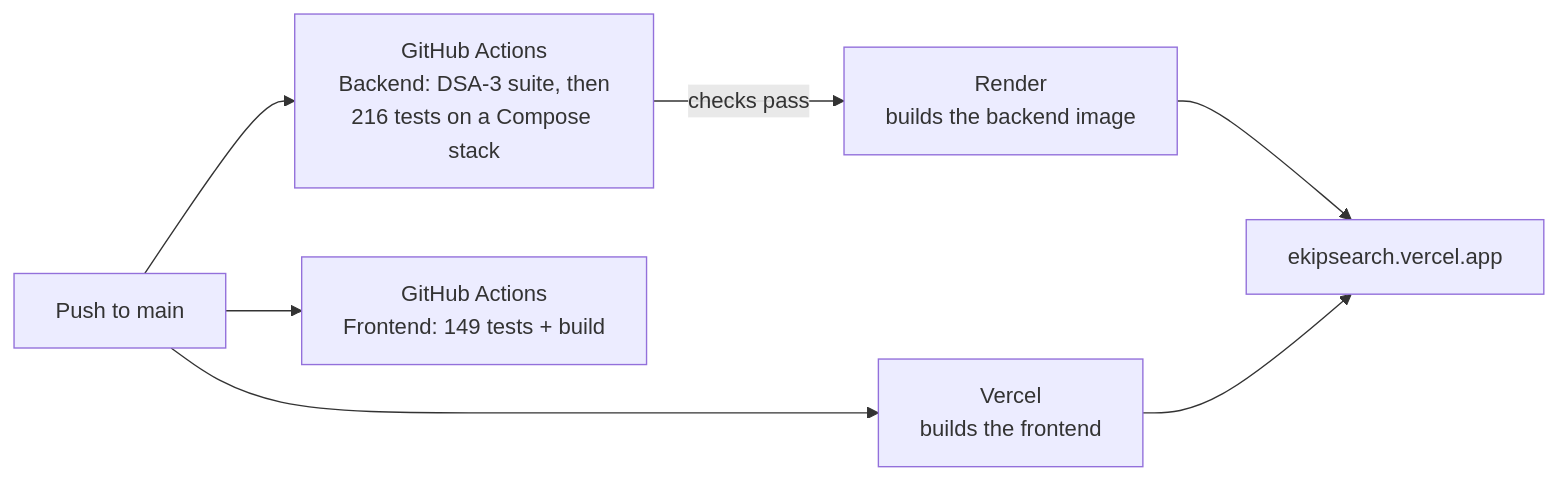
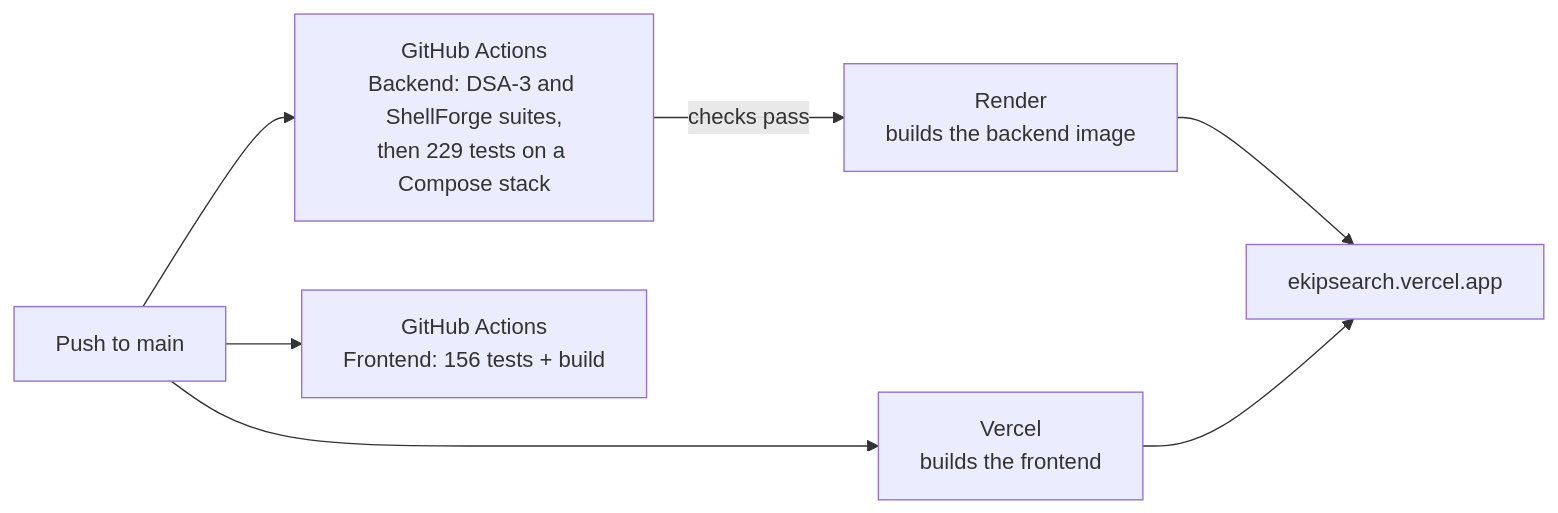
Before and after one commit to SathyaMaragani/Enterprise-Knowledge-Intelligence-Platform: the seventh of 7 diagrams in docs/PROJECT_OVERVIEW.md, drawn with Mermaid. The commit also changed other lines of this file and 38 other files, not shown here.

````diff
--- a/docs/PROJECT_OVERVIEW.md
+++ b/docs/PROJECT_OVERVIEW.md
@@ -357,9 +358,9 @@
 ```mermaid
 flowchart LR
-    GH[Push to main] --> CI1[GitHub Actions<br/>Backend: DSA-3 suite, then<br/>216 tests on a Compose stack]
-    GH --> CI2[GitHub Actions<br/>Frontend: 149 tests + build]
+    GH[Push to main] --> CI1[GitHub Actions<br/>Backend: DSA-3 and ShellForge suites,<br/>then 229 tests on a Compose stack]
+    GH --> CI2[GitHub Actions<br/>Frontend: 156 tests + build]
     CI1 -->|checks pass| RD[Render<br/>builds the backend image]
     GH --> VC[Vercel<br/>builds the frontend]
     RD --> LIVE[ekipsearch.vercel.app]
     VC --> LIVE
 ```
````
